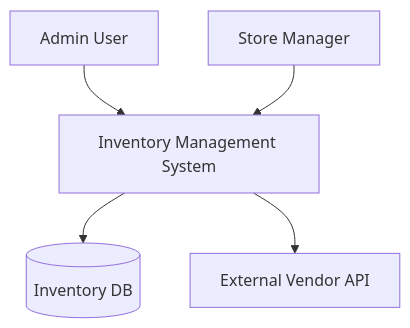
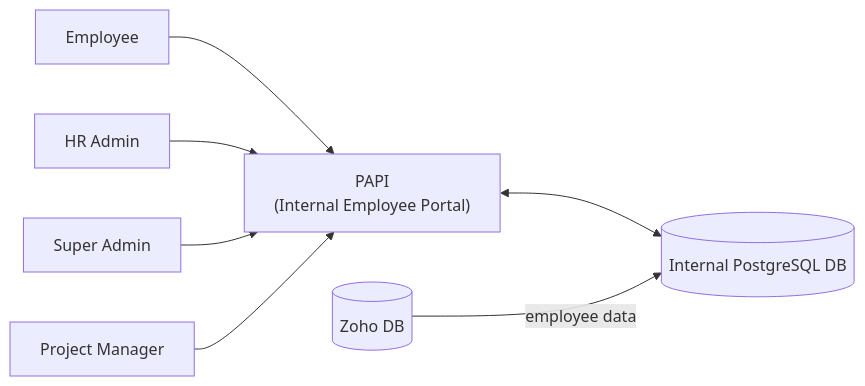
One commit to anoopsimelabs/architecture-docs changed the diagram in docs/diagrams/context.md. Above: the diagram before and after it, drawn with Mermaid. The commit also changed other lines of this file and 4 other files, not shown here.

Commit message:
Fixed issue and added new diagrams

````diff
--- a/docs/diagrams/context.md
+++ b/docs/diagrams/context.md
@@ -5,8 +10,17 @@
 ```mermaid
-%%{init: {'theme': 'default'}}%%
-graph TD
-    A[Admin User] --> B[Inventory Management System]
-    C[Store Manager] --> B
-    B --> D[(Inventory DB)]
-    B --> E[External Vendor API]
+graph LR
+    EMP[Employee]
+    HRA[HR Admin]
+    SA[Super Admin]
+    PM[Project Manager]
+
+    SYSTEM["PAPI <BR> (Internal Employee Portal)"]
+
+    EMP --> SYSTEM
+    HRA --> SYSTEM
+    SA --> SYSTEM
+    PM --> SYSTEM
+
+    SYSTEM <--> DB[(Internal PostgreSQL DB)]
+    EXT_ZOHO[(Zoho DB)] -- employee data --> DB
 ```
````
